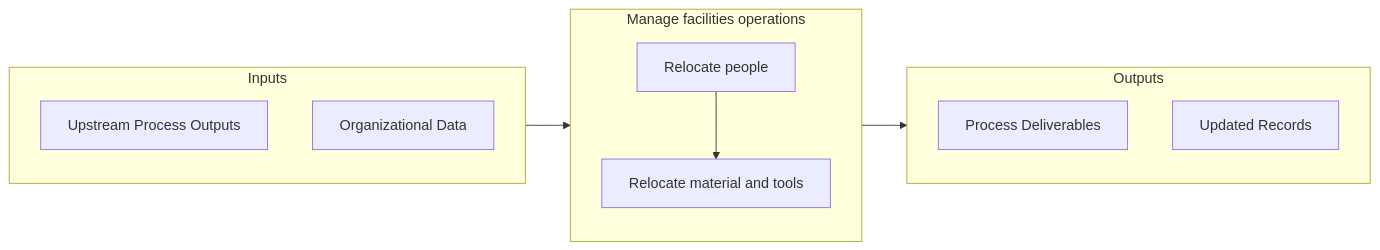
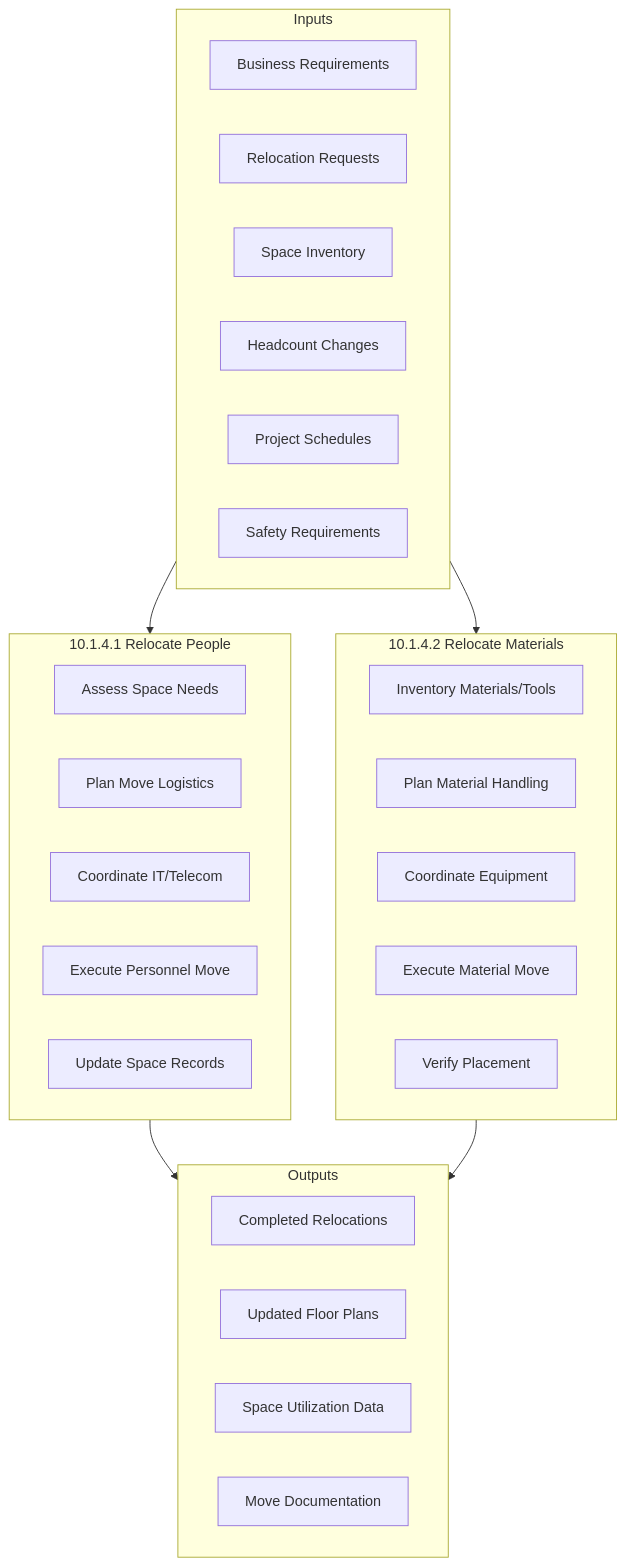
Before and after one commit to kziemski/business.org.ai: the second of 3 diagrams in processes/10-Assets/10.1-PlanAcquireAssets/10.1.4-ManageFacilitiesOperations/index.mdx, drawn with Mermaid. The commit also changed other lines of this file and 885 other files, not shown here.

````diff
--- a/processes/10-Assets/10.1-PlanAcquireAssets/10.1.4-ManageFacilitiesOperations/index.mdx
+++ b/processes/10-Assets/10.1-PlanAcquireAssets/10.1.4-ManageFacilitiesOperations/index.mdx
@@ -60,20 +49,39 @@
 ```mermaid
-flowchart LR
+flowchart TB
     subgraph Inputs["Inputs"]
-        I1["Upstream Process Outputs"]
-        I2["Organizational Data"]
+        I1["Business Requirements"]
+        I2["Relocation Requests"]
+        I3["Space Inventory"]
+        I4["Headcount Changes"]
+        I5["Project Schedules"]
+        I6["Safety Requirements"]
     end
 
-    subgraph Process["Manage facilities operations"]
-        S1["Relocate people"]
-        S2["Relocate material and tools"]
+    subgraph People["10.1.4.1 Relocate People"]
+        P1["Assess Space Needs"]
+        P2["Plan Move Logistics"]
+        P3["Coordinate IT/Telecom"]
+        P4["Execute Personnel Move"]
+        P5["Update Space Records"]
+    end
+
+    subgraph Materials["10.1.4.2 Relocate Materials"]
+        M1["Inventory Materials/Tools"]
+        M2["Plan Material Handling"]
+        M3["Coordinate Equipment"]
+        M4["Execute Material Move"]
+        M5["Verify Placement"]
     end
 
     subgraph Outputs["Outputs"]
-        O1["Process Deliverables"]
-        O2["Updated Records"]
+        OUT1["Completed Relocations"]
+        OUT2["Updated Floor Plans"]
+        OUT3["Space Utilization Data"]
+        OUT4["Move Documentation"]
     end
 
-    Inputs --> Process --> Outputs
-    S1 --> S2
+    Inputs --> People
+    Inputs --> Materials
+    People --> Outputs
+    Materials --> Outputs
 ```
````
